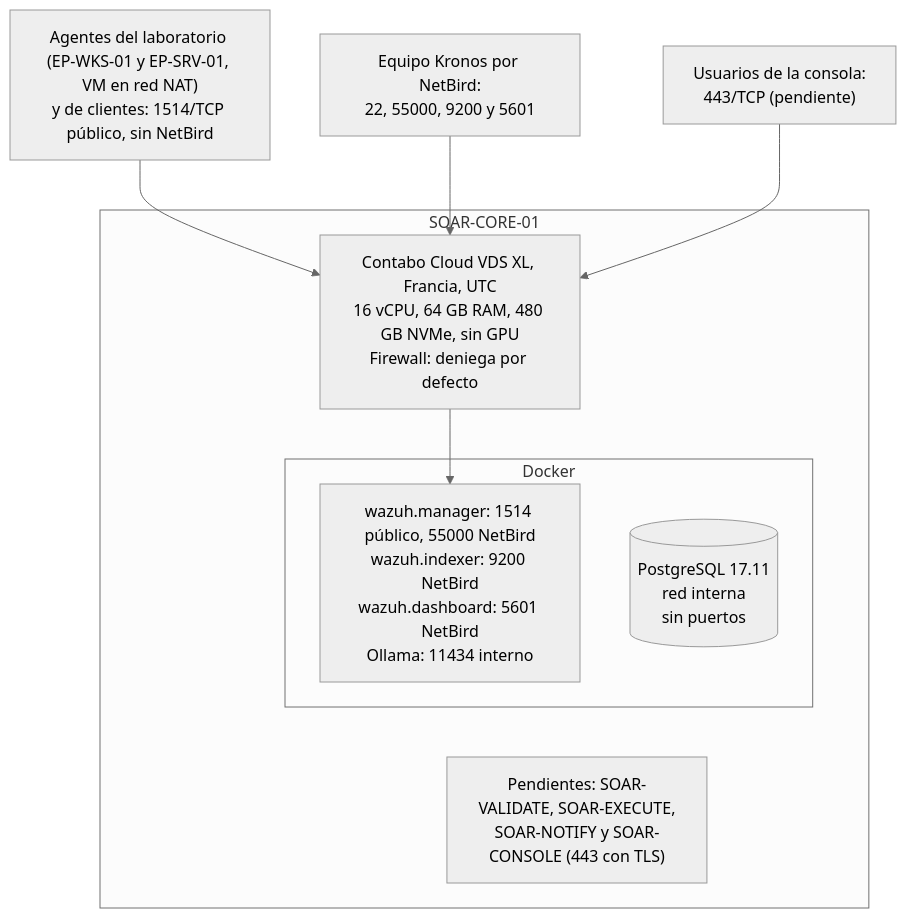
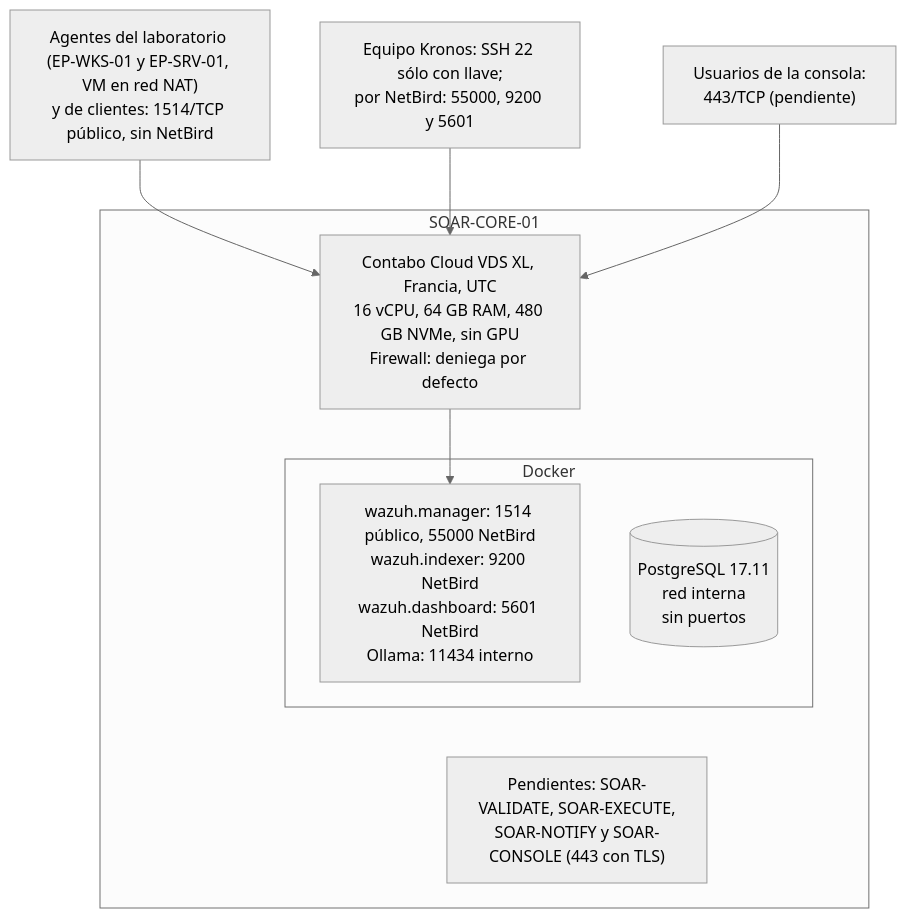
Before and after one commit to soaria186/kronos-ai: the diagram in docs/diagramas/09_despliegue.mmd, drawn with Mermaid (neutral theme). The commit also changed 31 other files, not shown here.

```diff
--- a/docs/diagramas/09_despliegue.mmd
+++ b/docs/diagramas/09_despliegue.mmd
@@ -1,18 +1,18 @@
 flowchart TB
     AG["Agentes del laboratorio (EP-WKS-01 y EP-SRV-01, VM en red NAT)<br/>y de clientes: 1514/TCP público, sin NetBird"]
-    EQ["Equipo Kronos por NetBird:<br/>22, 55000, 9200 y 5601"]
+    EQ["Equipo Kronos: SSH 22 sólo con llave;<br/>por NetBird: 55000, 9200 y 5601"]
     US["Usuarios de la consola:<br/>443/TCP (pendiente)"]
     subgraph CORE["SOAR-CORE-01"]
         FW["Contabo Cloud VDS XL, Francia, UTC<br/>16 vCPU, 64 GB RAM, 480 GB NVMe, sin GPU<br/>Firewall: deniega por defecto"]
         subgraph DOCKER["Docker"]
             WZ["wazuh.manager: 1514 público, 55000 NetBird<br/>wazuh.indexer: 9200 NetBird<br/>wazuh.dashboard: 5601 NetBird<br/>Ollama: 11434 interno"]
             PG[("PostgreSQL 17.11<br/>red interna<br/>sin puertos")]
         end
         FUT["Pendientes: SOAR-VALIDATE, SOAR-EXECUTE,<br/>SOAR-NOTIFY y SOAR-CONSOLE (443 con TLS)"]
     end
     AG --> FW
     EQ --> FW
     US --> FW
     FW --> WZ
     WZ ~~~ FUT
     PG ~~~ FUT
```
